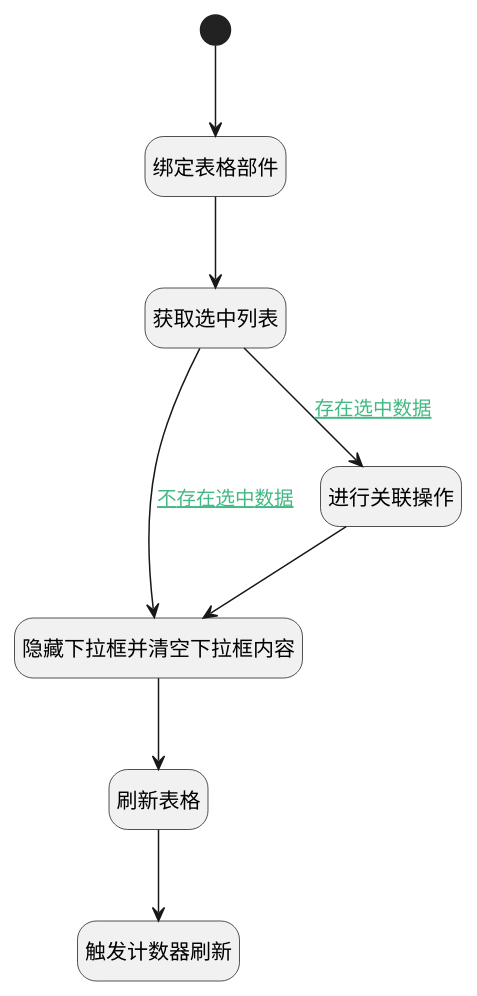
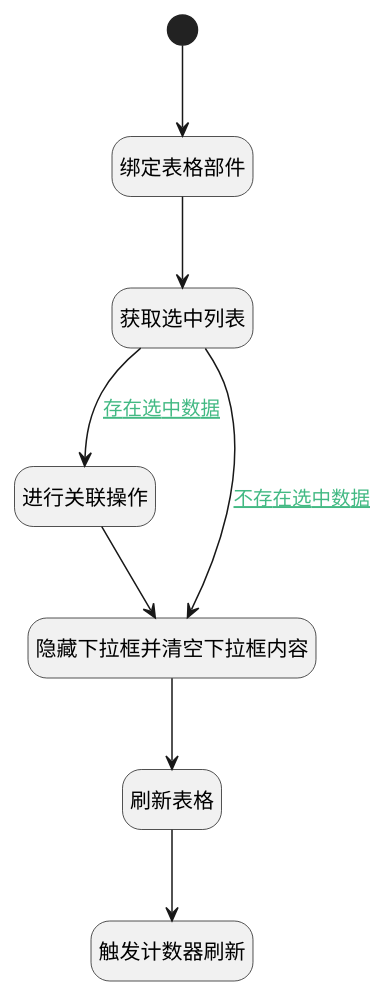
The diagram in doc/docsify/module/ProdMgmt/idea/uilogic/work_item_relation_idea.md (iBizLab/plm), drawn with PlantUML before and after one commit. The commit also changed other lines of this file and 1473 other files, not shown here.

````diff
--- a/doc/docsify/module/ProdMgmt/idea/uilogic/work_item_relation_idea.md
+++ b/doc/docsify/module/ProdMgmt/idea/uilogic/work_item_relation_idea.md
@@ -7,30 +7,30 @@
 ```plantuml
 @startuml
 hide footbox
 <style>
 root {
   HyperlinkColor #42b983
 }
 </style>
 
 hide empty description
 state "开始" as Begin <<start>> [[$./work_item_relation_idea#begin {开始}]]
-state "隐藏下拉框并清空下拉框内容" as RAWJSCODE1  [[$./work_item_relation_idea#rawjscode1 {隐藏下拉框并清空下拉框内容}]]
+state "刷新表格" as VIEWCTRLINVOKE1  [[$./work_item_relation_idea#viewctrlinvoke1 {刷新表格}]]
 state "绑定表格部件" as PREPAREJSPARAM1  [[$./work_item_relation_idea#preparejsparam1 {绑定表格部件}]]
 state "触发计数器刷新" as RAWJSCODE3  [[$./work_item_relation_idea#rawjscode3 {触发计数器刷新}]]
+state "进行关联操作" as DEACTION1  [[$./work_item_relation_idea#deaction1 {进行关联操作}]]
+state "隐藏下拉框并清空下拉框内容" as RAWJSCODE1  [[$./work_item_relation_idea#rawjscode1 {隐藏下拉框并清空下拉框内容}]]
 state "获取选中列表" as RAWJSCODE2  [[$./work_item_relation_idea#rawjscode2 {获取选中列表}]]
-state "进行关联操作" as DEACTION1  [[$./work_item_relation_idea#deaction1 {进行关联操作}]]
-state "刷新表格" as VIEWCTRLINVOKE1  [[$./work_item_relation_idea#viewctrlinvoke1 {刷新表格}]]
 
 
 Begin --> PREPAREJSPARAM1
 PREPAREJSPARAM1 --> RAWJSCODE2
 RAWJSCODE2 --> DEACTION1 : [[$./work_item_relation_idea#rawjscode2-deaction1{存在选中数据} 存在选中数据]]
 DEACTION1 --> RAWJSCODE1
 RAWJSCODE1 --> VIEWCTRLINVOKE1
 VIEWCTRLINVOKE1 --> RAWJSCODE3
 RAWJSCODE2 --> RAWJSCODE1 : [[$./work_item_relation_idea#rawjscode2-rawjscode1{不存在选中数据} 不存在选中数据]]
 
 
 @enduml
 ```
````
